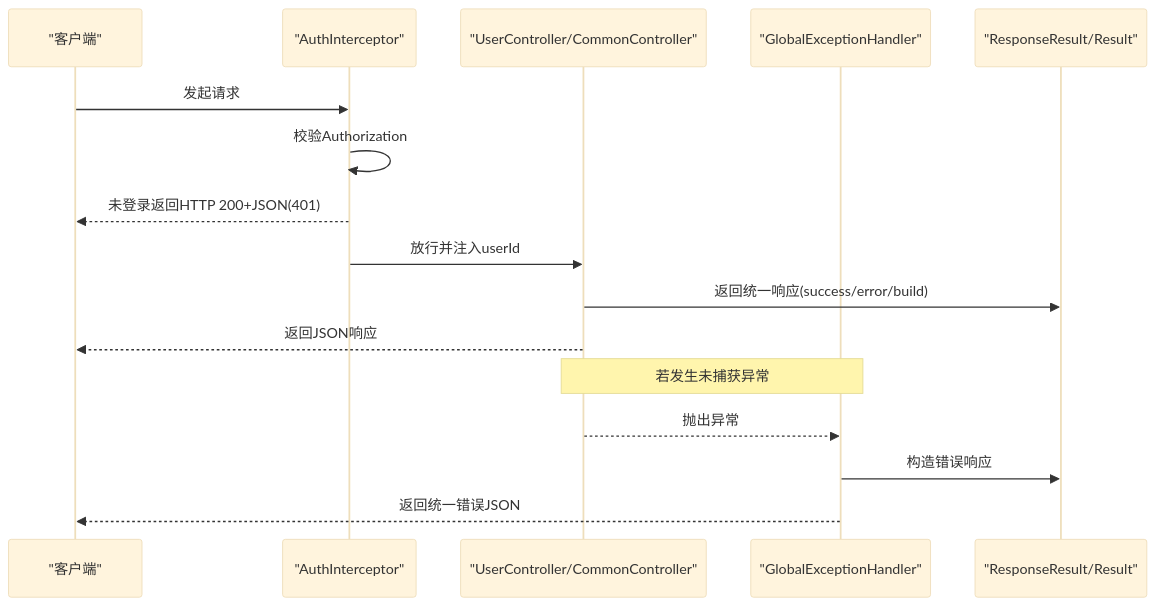
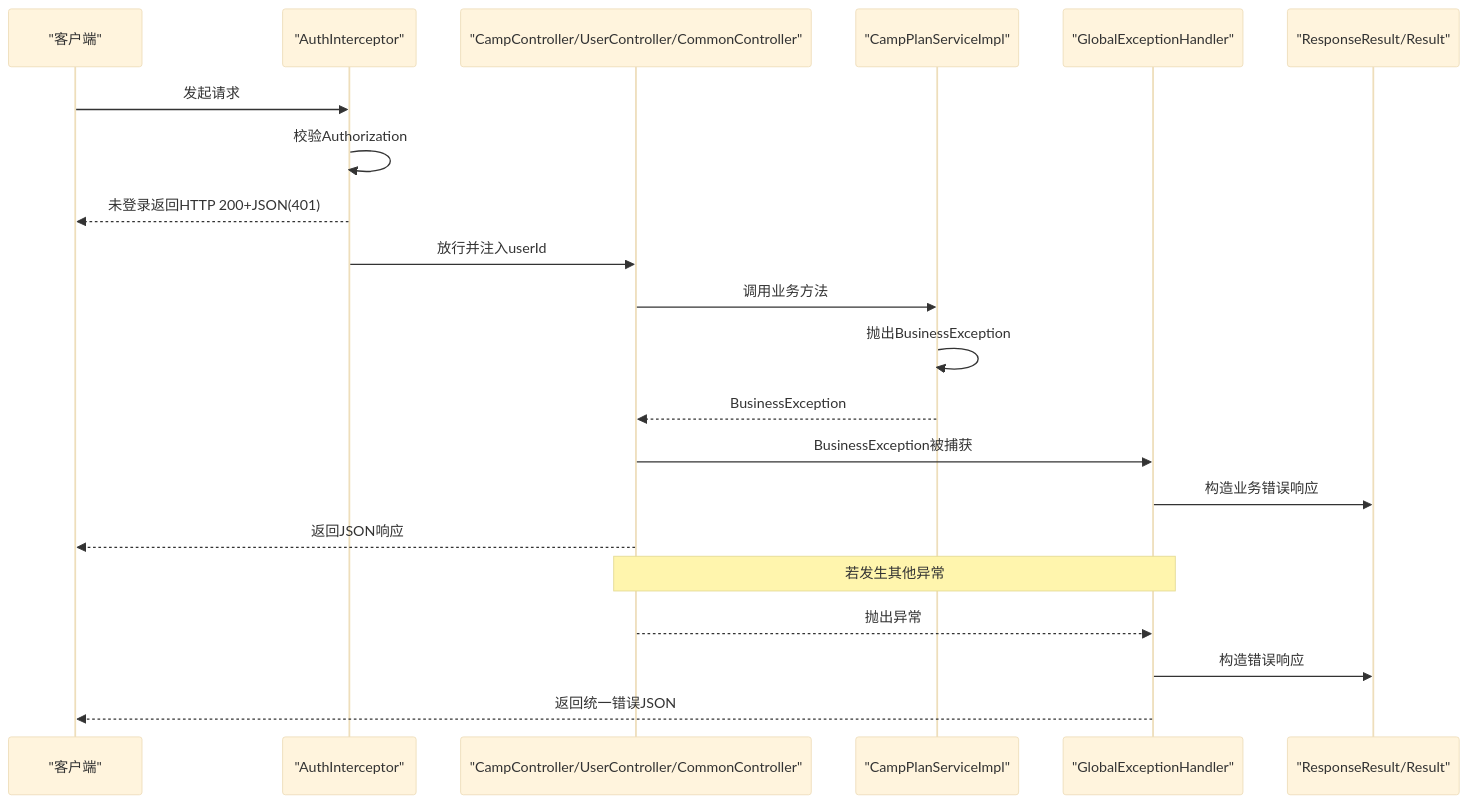
The second of 4 diagrams in .qoder/repowiki/zh/content/架构设计/统一响应与异常处理.md (gaozihaowin/-), drawn with Mermaid (base theme) before and after one commit. The commit also changed other lines of this file and 10 other files, not shown here.

````diff
--- a/.qoder/repowiki/zh/content/架构设计/统一响应与异常处理.md
+++ b/.qoder/repowiki/zh/content/架构设计/统一响应与异常处理.md
@@ -106,18 +134,23 @@
 ```mermaid
 sequenceDiagram
 participant Client as "客户端"
 participant Interceptor as "AuthInterceptor"
-participant Controller as "UserController/CommonController"
+participant Controller as "CampController/UserController/CommonController"
+participant Service as "CampPlanServiceImpl"
 participant Handler as "GlobalExceptionHandler"
 participant Model as "ResponseResult/Result"
 Client->>Interceptor : 发起请求
 Interceptor->>Interceptor : 校验Authorization
 Interceptor-->>Client : 未登录返回HTTP 200+JSON(401)
 Interceptor->>Controller : 放行并注入userId
-Controller->>Model : 返回统一响应(success/error/build)
+Controller->>Service : 调用业务方法
+Service->>Service : 抛出BusinessException
+Service-->>Controller : BusinessException
+Controller->>Handler : BusinessException被捕获
+Handler->>Model : 构造业务错误响应
 Controller-->>Client : 返回JSON响应
-note over Controller,Handler : 若发生未捕获异常
+note over Controller,Handler : 若发生其他异常
 Controller-->>Handler : 抛出异常
 Handler->>Model : 构造错误响应
 Handler-->>Client : 返回统一错误JSON
 ```
````
